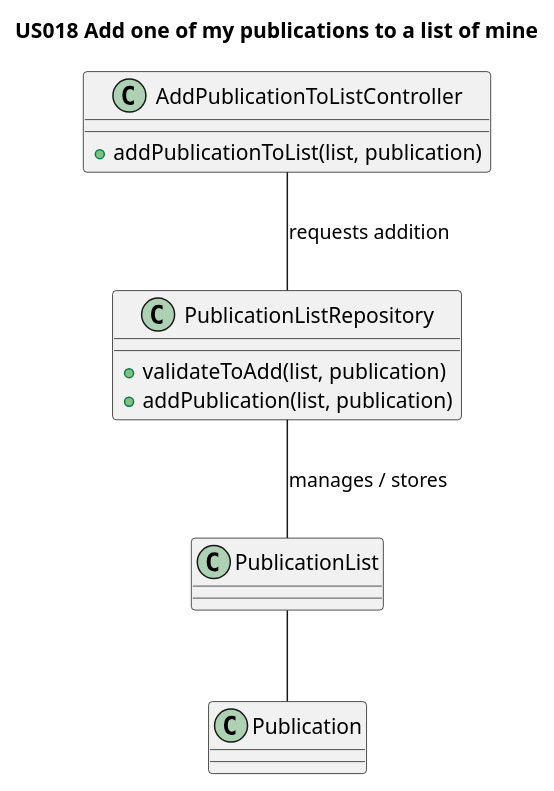
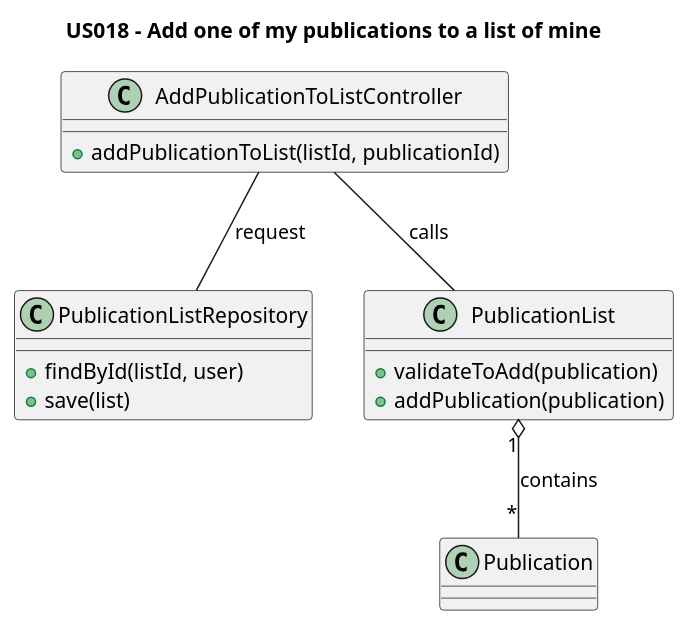
One commit to AndrePereiraGitH/SWitCH-Project-Team_A changed the diagram in Diagrams/ClassDiagrams/US018-to-add-publication-to-list.puml. Above: the diagram before and after it, drawn with PlantUML. The commit also changed 4 other files, not shown here.

Commit message:
Update diagrams for #88 #89 #92 #94 (SSD N1, N2 and Class)

```diff
--- a/Diagrams/ClassDiagrams/US018-to-add-publication-to-list.puml
+++ b/Diagrams/ClassDiagrams/US018-to-add-publication-to-list.puml
@@ -1,23 +1,24 @@
 @startuml
-title US018 Add one of my publications to a list of mine
+title US018 - Add one of my publications to a list of mine
 
 class AddPublicationToListController {
-  + addPublicationToList(list, publication)
+  + addPublicationToList(listId, publicationId)
 }
 
 class PublicationListRepository {
-  + validateToAdd(list, publication)
-  + addPublication(list, publication)
+  + findById(listId, user)
+  + save(list)
 }
 
 class PublicationList {
+  + validateToAdd(publication)
+  + addPublication(publication)
 }
 
-class Publication {
-}
+class Publication
 
-AddPublicationToListController -- PublicationListRepository : requests addition
-PublicationListRepository -- PublicationList : manages / stores
-PublicationList -- Publication
+AddPublicationToListController -- PublicationListRepository : request
+AddPublicationToListController -- PublicationList : calls
+PublicationList "1" o-- "*" Publication : contains
 
 @enduml
```
